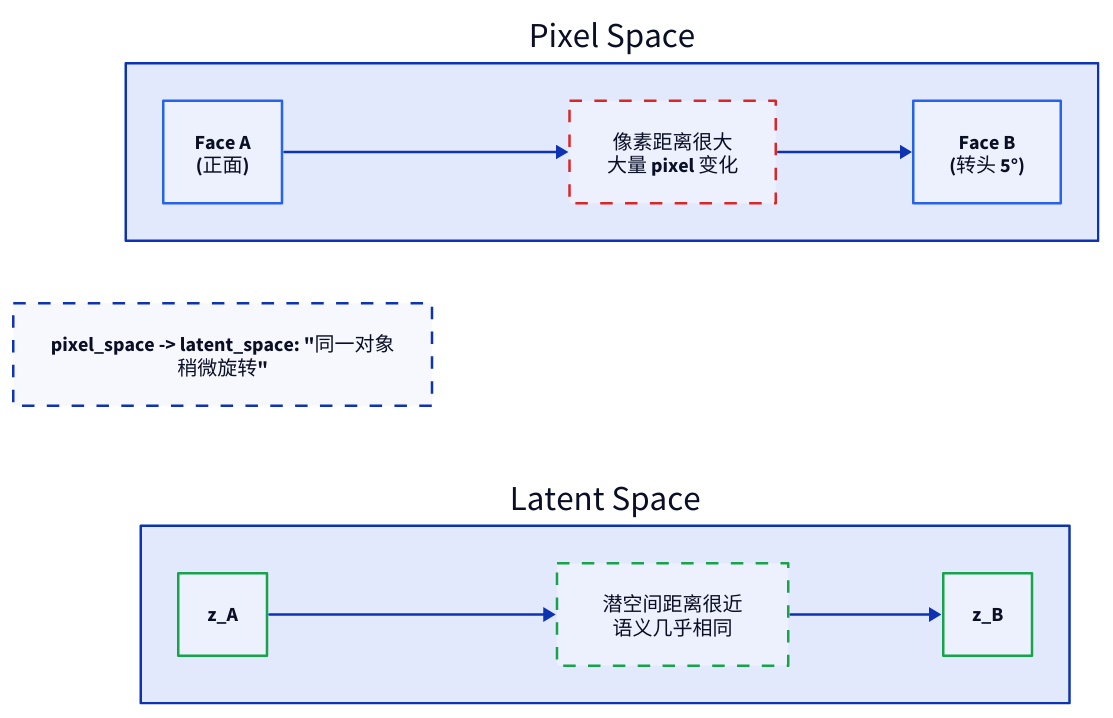
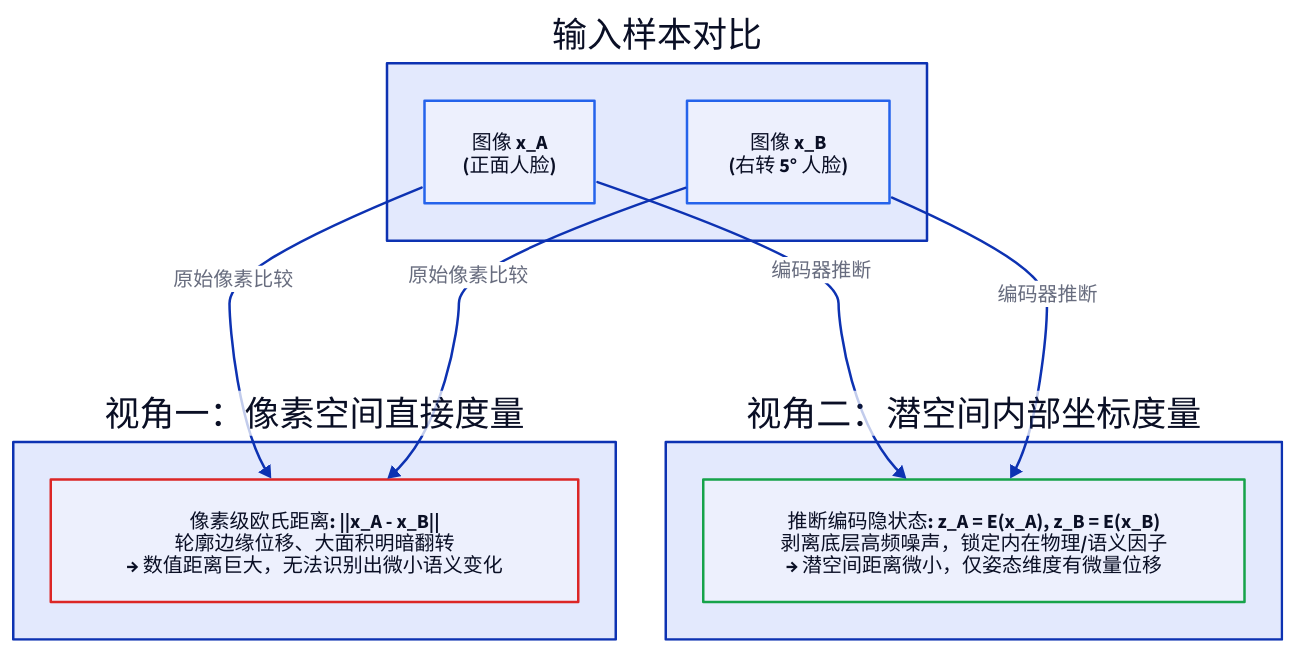
One commit to 111qqz/111qqz.github.io changed the diagram in images/latent-variable-latent-space/pixel-distance-vs-semantic.d2. Above: the diagram before and after it, drawn with D2. The commit also changed 42 other files, not shown here.

Commit message:
fix: 调整潜变量文章标题去除轻佻反问并重构配图机制流程 111qqz/hugo-blog@e597c7957c1e15d87ffbb51f71de50575ddff3ee

```diff
--- a/images/latent-variable-latent-space/pixel-distance-vs-semantic.d2
+++ b/images/latent-variable-latent-space/pixel-distance-vs-semantic.d2
@@ -1,39 +1,32 @@
-direction: right
+direction: down
 
-pixel_space: Pixel Space {
+inputs: "输入样本对比" {
   direction: right
-  faceA: "Face A\n(正面)" {
+  img_a: "图像 x_A\n(正面人脸)" {
     style.stroke: "#2563eb"
     style.bold: true
   }
-  gap: "像素距离很大\n大量 pixel 变化" {
-    style.stroke: "#dc2626"
-    style.stroke-dash: 5
-  }
-  faceB: "Face B\n(转头 5°)" {
+  img_b: "图像 x_B\n(右转 5° 人脸)" {
     style.stroke: "#2563eb"
     style.bold: true
   }
-  faceA -> gap -> faceB
 }
 
-latent_space: Latent Space {
-  direction: right
-  zA: "z_A" {
+p_eval: "视角一：像素空间直接度量" {
+  diff_p: "像素级欧氏距离: ||x_A - x_B||\n轮廓边缘位移、大面积明暗翻转\n→ 数值距离巨大，无法识别出微小语义变化" {
+    style.stroke: "#dc2626"
+    style.bold: true
+  }
+}
+
+l_eval: "视角二：潜空间内部坐标度量" {
+  enc_z: "推断编码隐状态: z_A = E(x_A), z_B = E(x_B)\n剥离底层高频噪声，锁定内在物理/语义因子\n→ 潜空间距离微小，仅姿态维度有微量位移" {
     style.stroke: "#16a34a"
     style.bold: true
   }
-  close_dist: "潜空间距离很近\n语义几乎相同" {
-    style.stroke: "#16a34a"
-    style.stroke-dash: 5
-  }
-  zB: "z_B" {
-    style.stroke: "#16a34a"
-    style.bold: true
-  }
-  zA -> close_dist -> zB
 }
 
-comparison: pixel_space -> latent_space: "同一对象\n稍微旋转" {
-  style.stroke-dash: 5
-}
+inputs.img_a -> p_eval.diff_p: "原始像素比较"
+inputs.img_b -> p_eval.diff_p: "原始像素比较"
+inputs.img_a -> l_eval.enc_z: "编码器推断"
+inputs.img_b -> l_eval.enc_z: "编码器推断"
```
